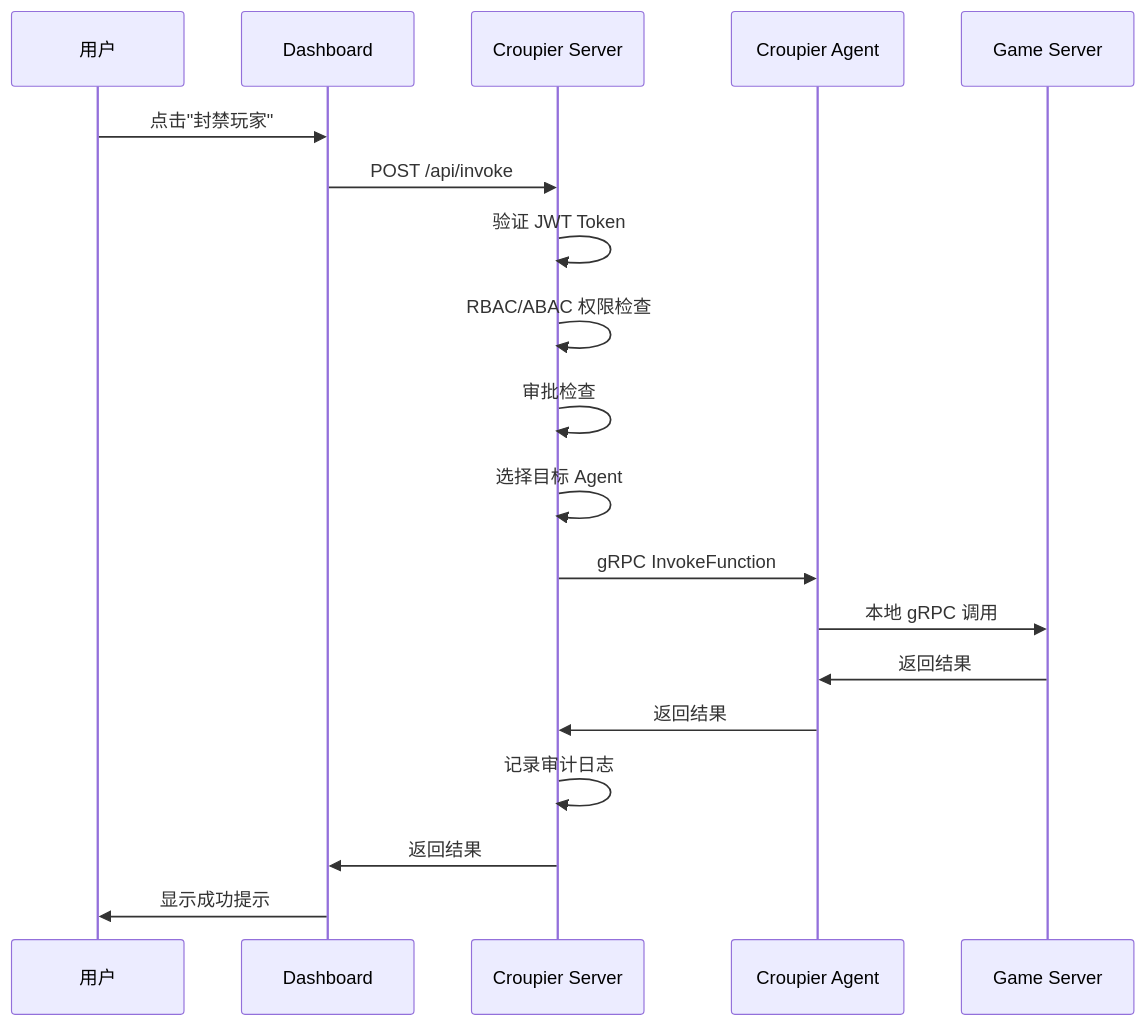
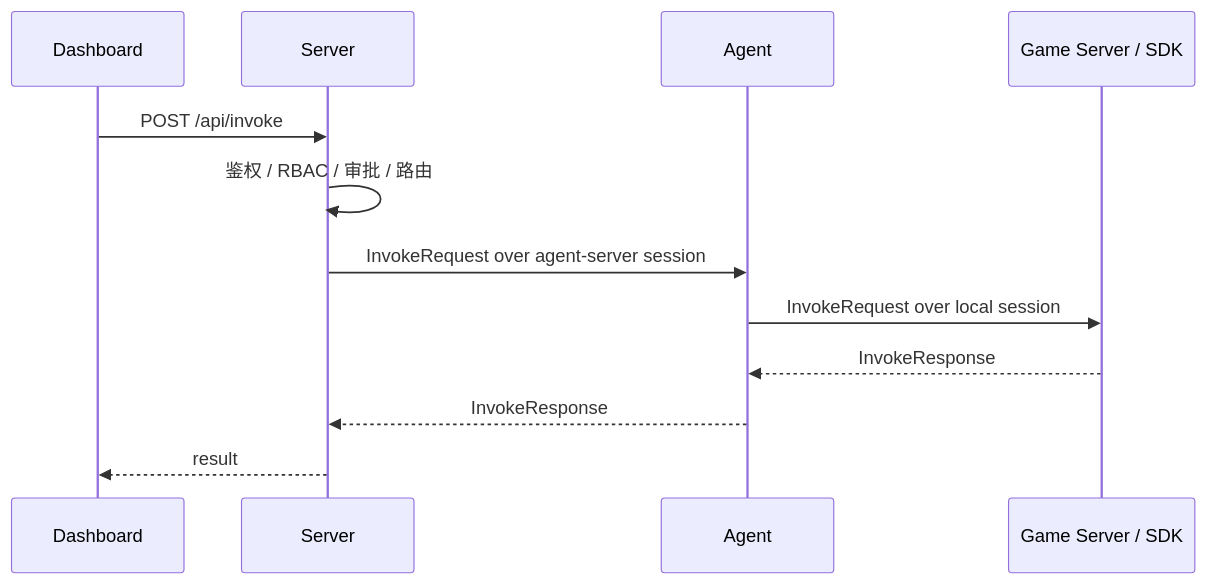
The first of 4 diagrams in docs/architecture/data-flow.md (cuihairu/croupier), drawn with Mermaid before and after one commit. The commit also changed other lines of this file and 63 other files, not shown here.

````diff
--- a/docs/architecture/data-flow.md
+++ b/docs/architecture/data-flow.md
@@ -25,22 +19,15 @@
 ```mermaid
 sequenceDiagram
-    participant User as 用户
     participant UI as Dashboard
-    participant Server as Croupier Server
-    participant Agent as Croupier Agent
-    participant Game as Game Server
+    participant Server as Server
+    participant Agent as Agent
+    participant App as Game Server / SDK
 
-    User->>UI: 点击"封禁玩家"
     UI->>Server: POST /api/invoke
-    Server->>Server: 验证 JWT Token
-    Server->>Server: RBAC/ABAC 权限检查
-    Server->>Server: 审批检查
-    Server->>Server: 选择目标 Agent
-    Server->>Agent: gRPC InvokeFunction
-    Agent->>Game: 本地 gRPC 调用
-    Game->>Agent: 返回结果
-    Agent->>Server: 返回结果
-    Server->>Server: 记录审计日志
-    Server->>UI: 返回结果
-    UI->>User: 显示成功提示
+    Server->>Server: 鉴权 / RBAC / 审批 / 路由
+    Server->>Agent: InvokeRequest over agent-server session
+    Agent->>App: InvokeRequest over local session
+    App-->>Agent: InvokeResponse
+    Agent-->>Server: InvokeResponse
+    Server-->>UI: result
 ```
````
